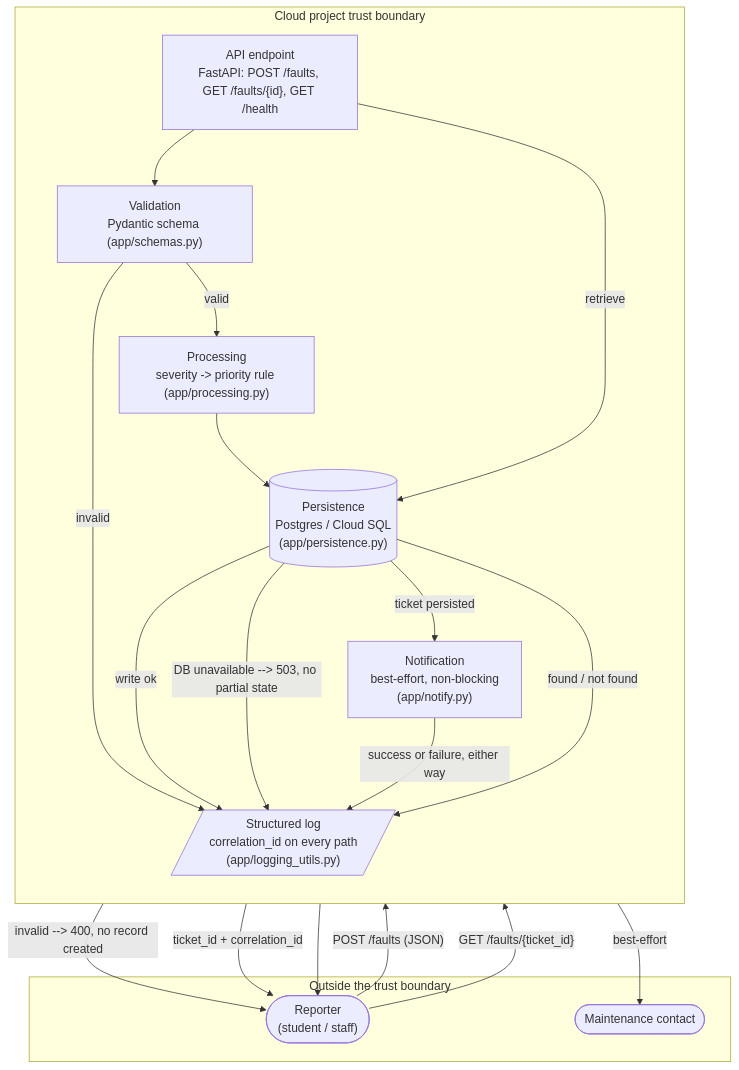
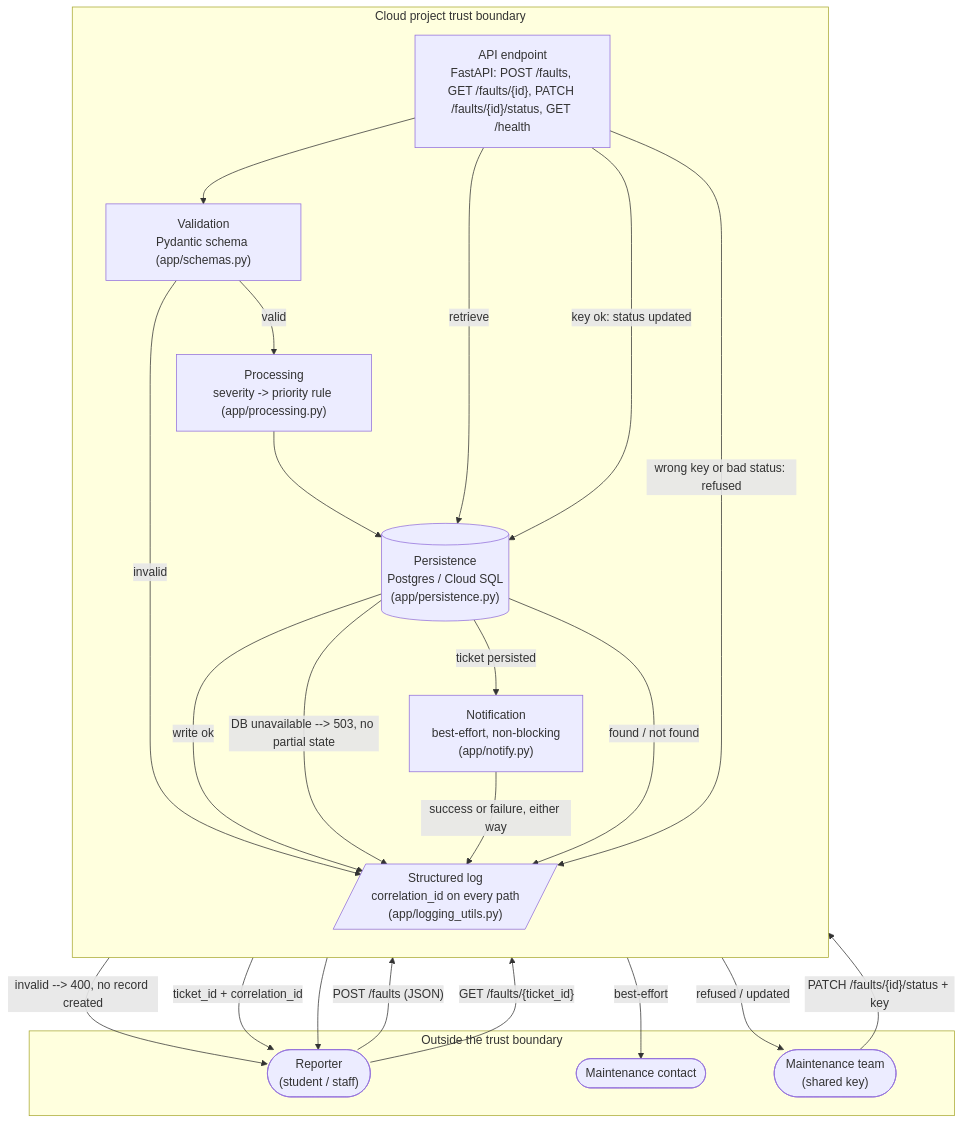
One commit to Mluleki6/cloud-fault-service changed the diagram in architecture/architecture-diagram.md. Above: the diagram before and after it, drawn with Mermaid. The commit also changed other lines of this file, not shown here.

Commit message:
Update architecture diagram with maintenance status flow

````diff
--- a/architecture/architecture-diagram.md
+++ b/architecture/architecture-diagram.md
@@ -11,34 +11,39 @@
 ```mermaid
 flowchart TB
     subgraph EXT["Outside the trust boundary"]
         Reporter(["Reporter\n(student / staff)"])
         MaintContact(["Maintenance contact"])
+        MaintTeam(["Maintenance team\n(shared key)"])
     end
 
     subgraph TB["Cloud project trust boundary"]
         direction TB
-        API["API endpoint\nFastAPI: POST /faults, GET /faults/{id}, GET /health"]
+        API["API endpoint\nFastAPI: POST /faults, GET /faults/{id}, PATCH /faults/{id}/status, GET /health"]
         Validate["Validation\nPydantic schema (app/schemas.py)"]
         Process["Processing\nseverity -> priority rule (app/processing.py)"]
         Persist[("Persistence\nPostgres / Cloud SQL\n(app/persistence.py)")]
         Notify["Notification\nbest-effort, non-blocking\n(app/notify.py)"]
         Log[/"Structured log\ncorrelation_id on every path\n(app/logging_utils.py)"/]
     end
 
     Reporter -- "POST /faults (JSON)" --> API
     API --> Validate
     Validate -- "invalid" --> Log
     Validate -- "invalid --> 400, no record created" --> Reporter
     Validate -- "valid" --> Process
     Process --> Persist
     Persist -- "write ok" --> Log
     Persist -- "DB unavailable --> 503, no partial state" --> Log
     Persist -->|"ticket persisted"| Notify
     Notify -- "best-effort" --> MaintContact
     Notify -- "success or failure, either way" --> Log
     Persist -- "ticket_id + correlation_id" --> Reporter
     Reporter -- "GET /faults/{ticket_id}" --> API
     API -- "retrieve" --> Persist
     Persist -- "found / not found" --> Log
     Persist --> Reporter
+           MaintTeam -- "PATCH /faults/{id}/status + key" --> API
+       API -- "key ok: status updated" --> Persist
+       API -- "wrong key or bad status: refused" --> Log
+       API -- "refused / updated" --> MaintTeam
 ```
````
